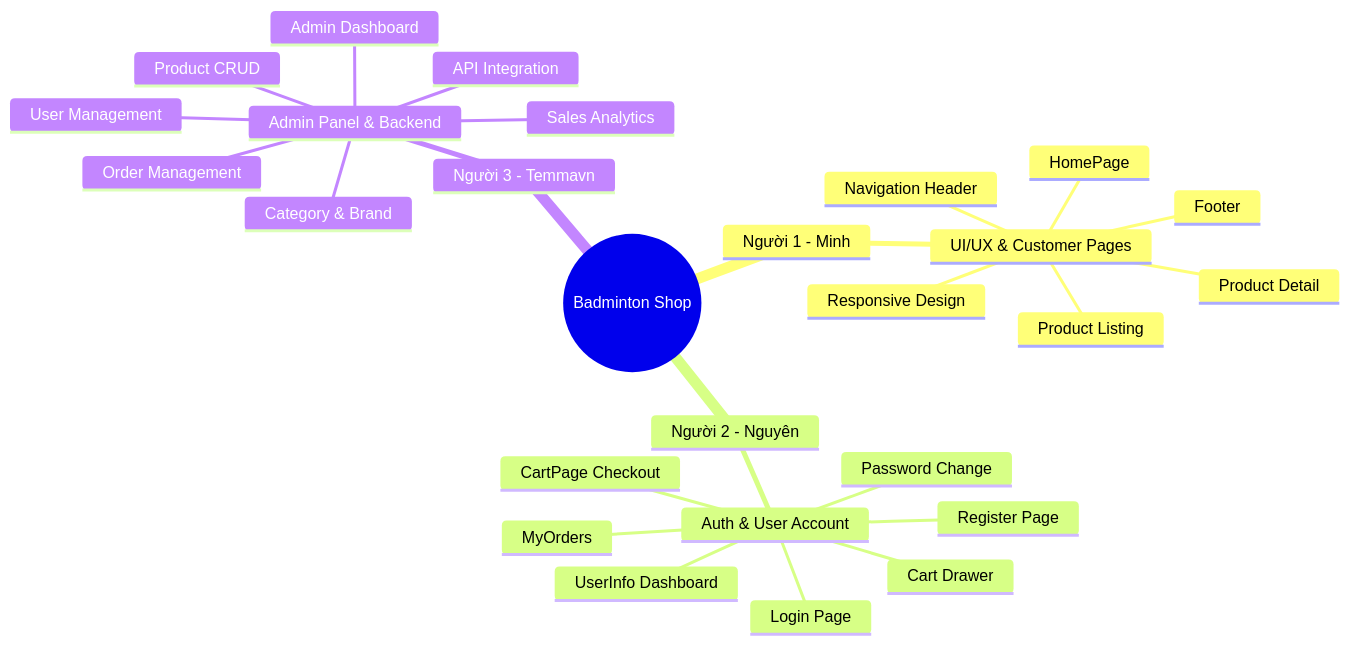
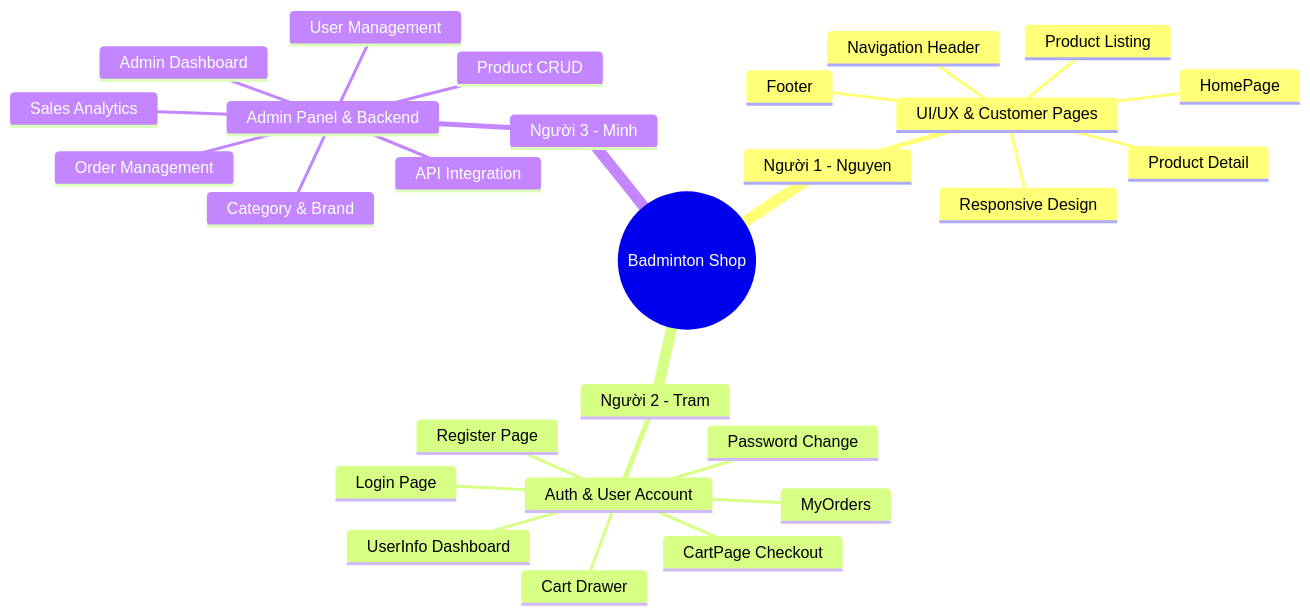
One commit to TemmaVN/Front_end_badminton changed the fourth of 13 diagrams in PHAN_CONG_CONG_VIEC.md. Above: the diagram before and after it, drawn with Mermaid. The commit also changed 9 other files, not shown here.

````diff
--- a/PHAN_CONG_CONG_VIEC.md
+++ b/PHAN_CONG_CONG_VIEC.md
@@ -150,30 +150,30 @@
 ```mermaid
 mindmap
   root((Badminton Shop))
-    Người 1 - Minh
+    Người 1 - Nguyen
       UI/UX & Customer Pages
         HomePage
         Product Listing
         Product Detail
         Navigation Header
         Footer
         Responsive Design
-    Người 2 - Nguyên
+    Người 2 - Tram
       Auth & User Account
         Login Page
         Register Page
         UserInfo Dashboard
         Password Change
         Cart Drawer
         CartPage Checkout
         MyOrders
-    Người 3 - Temmavn
+    Người 3 - Minh
       Admin Panel & Backend
         Admin Dashboard
         Product CRUD
         Order Management
         User Management
         Category & Brand
         Sales Analytics
         API Integration
 ```
````
